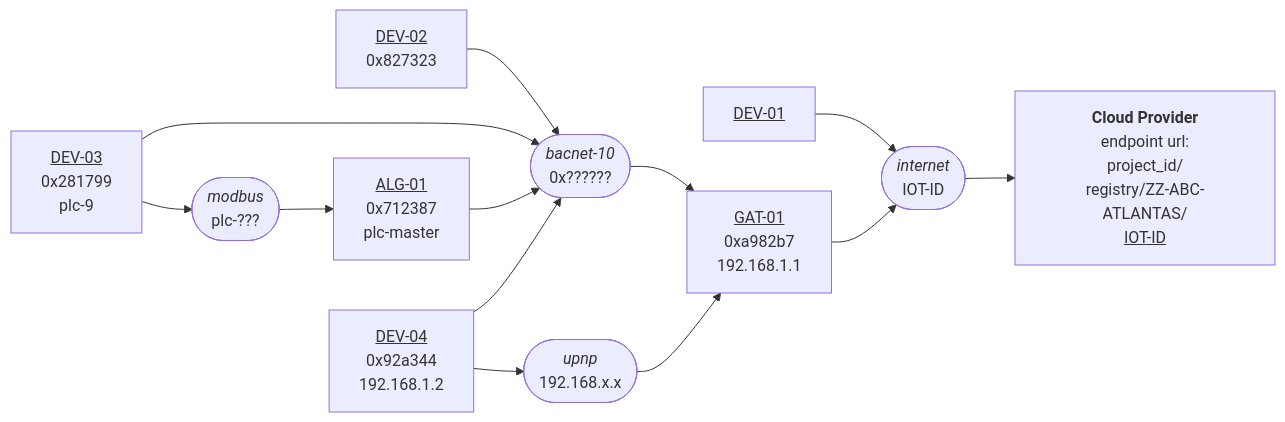
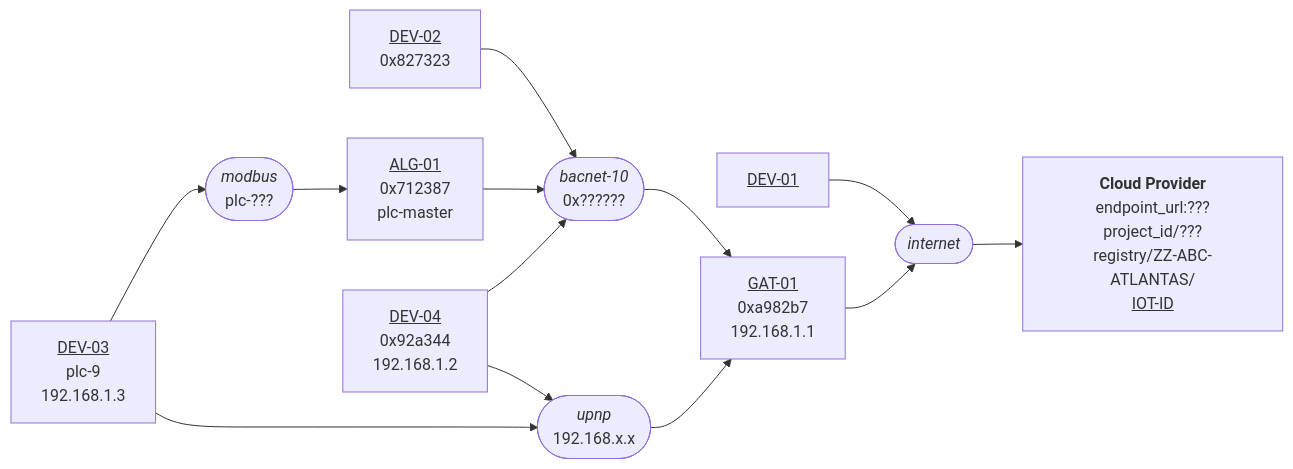
The diagram in docs/specs/topology.md (faucetsdn/udmi), drawn with Mermaid before and after one commit. The commit also changed other lines of this file, not shown here.

````diff
--- a/docs/specs/topology.md
+++ b/docs/specs/topology.md
@@ -30,27 +30,27 @@
 ```mermaid
 %%{wrap}%%
 flowchart LR
   D2[<u>DEV-02</u><br/>0x827323]
   D1[<u>DEV-01</u>]
   LG[<u>ALG-01</u><br/>0x712387<br/>plc-master]
-  D3[<u>DEV-03</u><br/>0x281799<br/>plc-9]
+  D3[<u>DEV-03</u><br/>plc-9<br/>192.168.1.3]
   D4[<u>DEV-04</u><br/>0x92a344<br/>192.168.1.2]
   IG[<u>GAT-01</u><br/>0xa982b7<br/>192.168.1.1]
   BN([<i>bacnet-10</i><br/>0x??????])
   MB([<i>modbus</i><br/>plc-???])
   IP([<i>upnp</i><br/>192.168.x.x])
-  IN([<i>internet</i><br/>IOT-ID])
-  CP[<b>Cloud Provider</b><br/>endpoint url:<br/>project_id/<br/>registry/ZZ-ABC-ATLANTAS/<br/><u>IOT-ID</u>]
+  IN([<i>internet</i>])
+  CP[<b>Cloud Provider</b><br/>endpoint_url:???<br/>project_id/???<br/>registry/ZZ-ABC-ATLANTAS/<br/><u>IOT-ID</u>]
   D2 --> BN
-  D3 --> BN
+  D4 --> IP
+  D3 --> IP
   LG --> BN
   D4 --> BN
-  D4 --> IP
   D1 --> IN
   D3 --> MB
   IG --> IN
   BN --> IG
   IP --> IG
   IN --> CP
   MB --> LG
 ```
````
